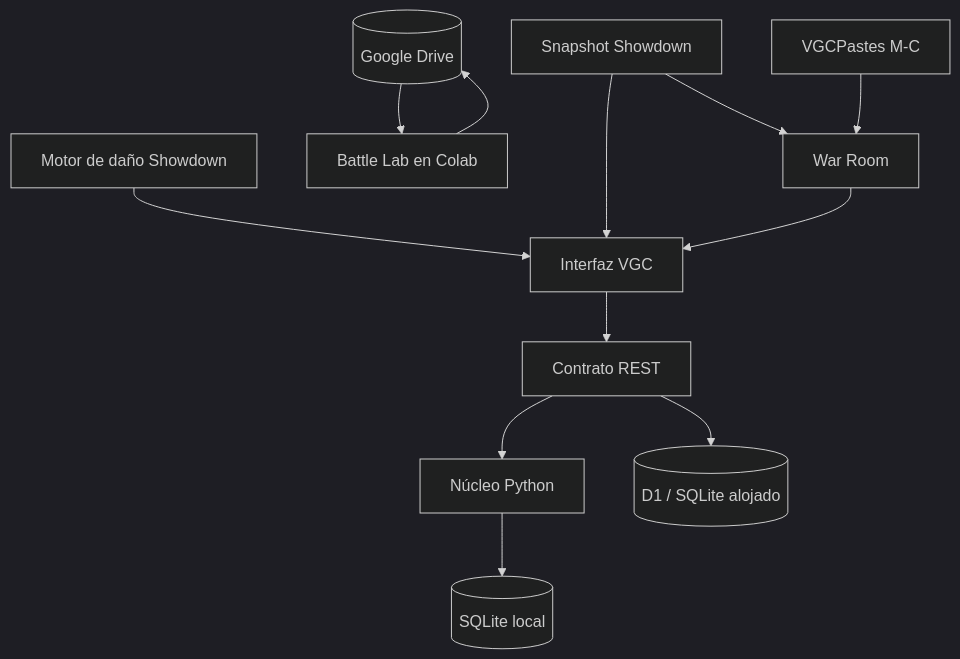
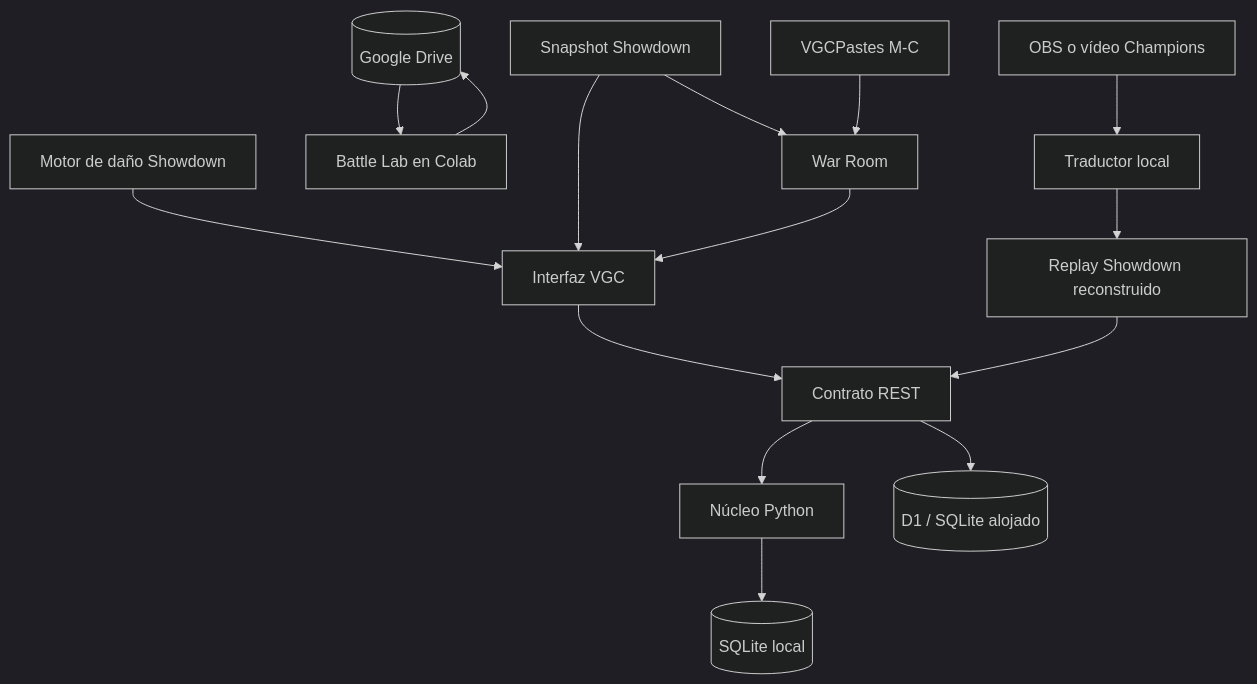
One commit to Iesyo/pkmn changed the diagram in docs/architecture.md. Above: the diagram before and after it, drawn with Mermaid (dark theme). The commit also changed other lines of this file and 18 other files, not shown here.

Commit message:
feat: scaffold Champions replay capture

````diff
--- a/docs/architecture.md
+++ b/docs/architecture.md
@@ -12,14 +12,17 @@
 ```mermaid
 flowchart TD
     UI[Interfaz VGC] --> API[Contrato REST]
     DEX[Snapshot Showdown] --> UI
     CALC[Motor de daño Showdown] --> UI
     CORPUS[VGCPastes M-C] --> WAR[War Room]
     DEX --> WAR
     WAR --> UI
     API --> PY[Núcleo Python]
     PY --> SQL[(SQLite local)]
     API --> D1[(D1 / SQLite alojado)]
     DRIVE[(Google Drive)] --> LAB[Battle Lab en Colab]
     LAB --> DRIVE
+    LIVE[OBS o vídeo Champions] --> CAP[Traductor local]
+    CAP --> REPLAY[Replay Showdown reconstruido]
+    REPLAY --> API
 ```
````
